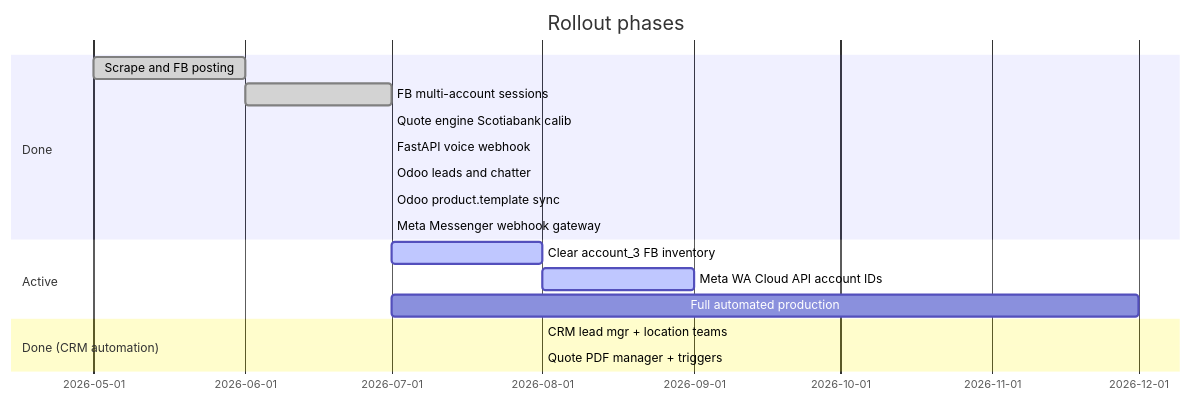
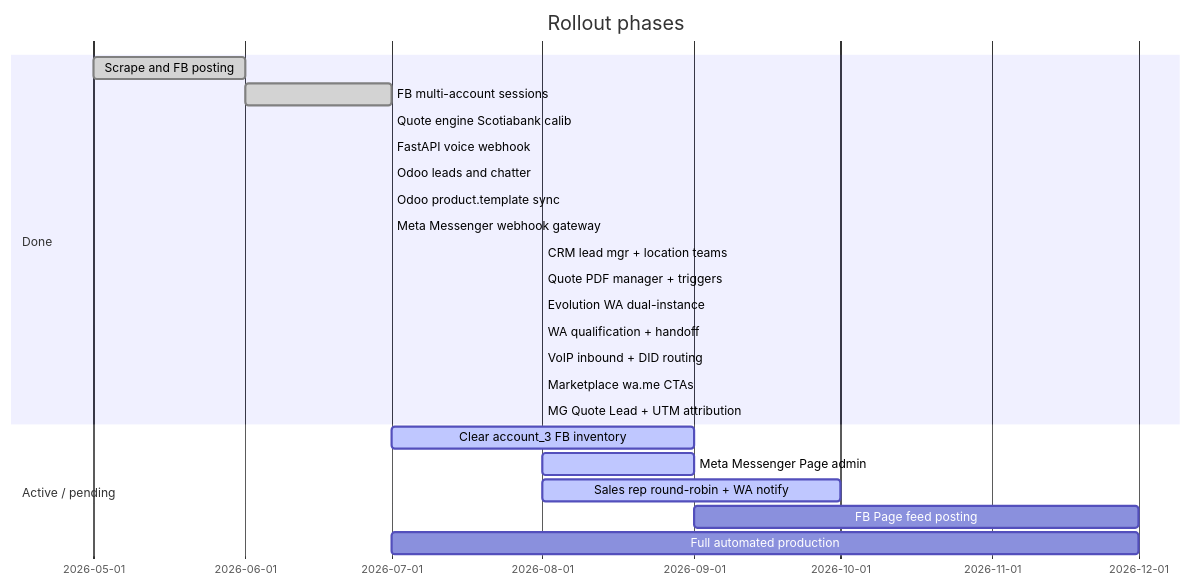
One commit to mg22mex/auto-upload changed the second of 2 diagrams in README.md. Above: the diagram before and after it, drawn with Mermaid. The commit also changed other lines of this file and 6 other files, not shown here.

Commit message:
refactor(crm): MG Quote Lead tag, UTM attribution, and status docs

````diff
--- a/README.md
+++ b/README.md
@@ -199,20 +214,26 @@
 ```mermaid
 gantt
     title Rollout phases
     dateFormat YYYY-MM
     section Done
         Scrape and FB posting             :done, p0, 2026-05, 2026-06
         FB multi-account sessions         :done, p1, 2026-06, 2026-07
         Quote engine Scotiabank calib     :done, p2a, 2026-07, 2026-07
         FastAPI voice webhook             :done, p2b, 2026-07, 2026-07
         Odoo leads and chatter            :done, p2c, 2026-07, 2026-07
         Odoo product.template sync        :done, p2d, 2026-07, 2026-07
         Meta Messenger webhook gateway    :done, p2e, 2026-07, 2026-07
-    section Active
-        Clear account_3 FB inventory      :active, p3a, 2026-07, 2026-08
-        Meta WA Cloud API account IDs     :active, p3wa, 2026-08, 2026-09
-        Full automated production         :p3b, 2026-07, 2026-12
-    section Done (CRM automation)
         CRM lead mgr + location teams     :done, p2f, 2026-08, 2026-08
         Quote PDF manager + triggers      :done, p2g, 2026-08, 2026-08
+        Evolution WA dual-instance        :done, p2h, 2026-08, 2026-08
+        WA qualification + handoff        :done, p2i, 2026-08, 2026-08
+        VoIP inbound + DID routing        :done, p2j, 2026-08, 2026-08
+        Marketplace wa.me CTAs            :done, p2k, 2026-08, 2026-08
+        MG Quote Lead + UTM attribution   :done, p2l, 2026-08, 2026-08
+    section Active / pending
+        Clear account_3 FB inventory      :active, p3a, 2026-07, 2026-09
+        Meta Messenger Page admin         :active, p3m, 2026-08, 2026-09
+        Sales rep round-robin + WA notify :active, p3rr, 2026-08, 2026-10
+        FB Page feed posting              :p3feed, 2026-09, 2026-12
+        Full automated production         :p3b, 2026-07, 2026-12
 ```
````
